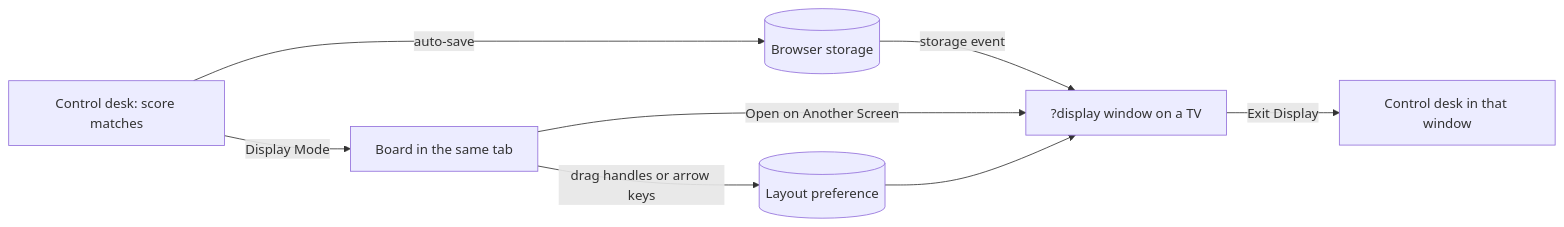
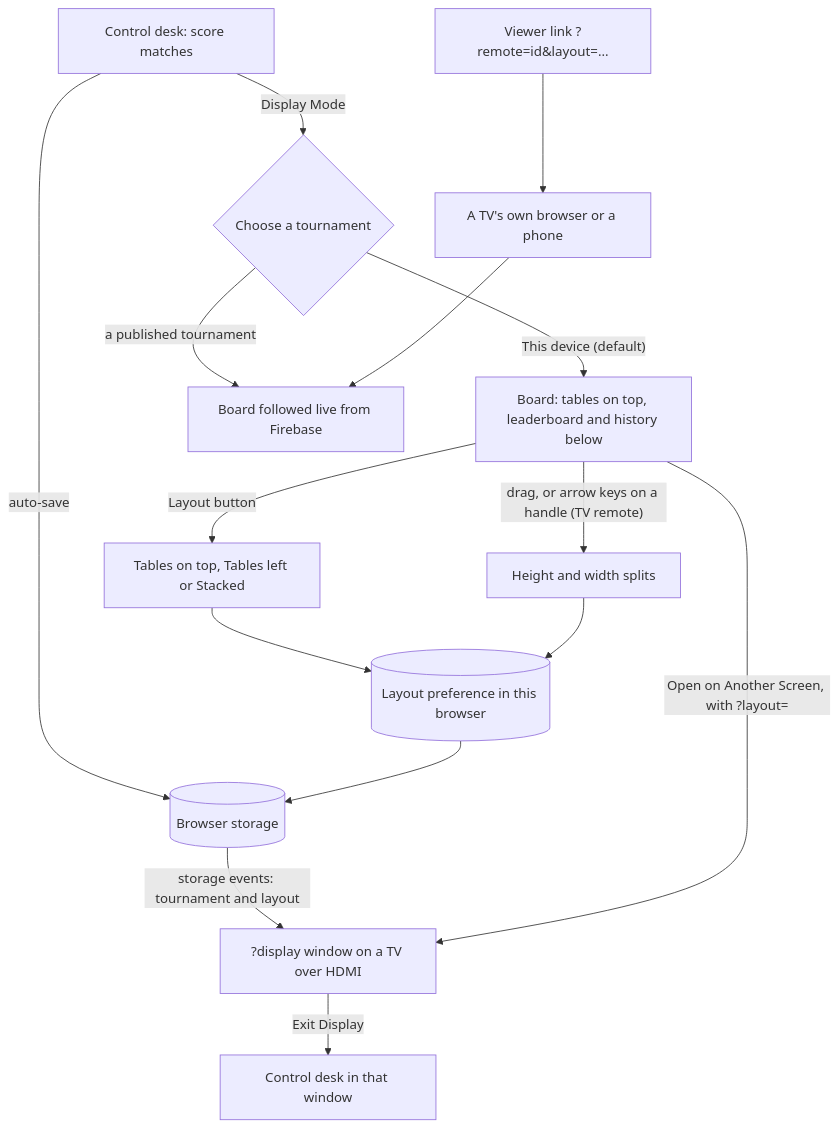
One commit to DT209/foos-tourney changed the fifth of 7 diagrams in README.md. Above: the diagram before and after it, drawn with Mermaid. The commit also changed other lines of this file and 2 other files, not shown here.

First line of the commit message:
Docs: bring README, CLAUDE.md, Flow.md and diagrams up to date

````diff
--- a/README.md
+++ b/README.md
@@ -254,10 +274,17 @@
 ```mermaid
-flowchart LR
-    DESK["Control desk: score matches"] -->|"auto-save"| LS[("Browser storage")]
-    LS -->|"storage event"| WIN["?display window on a TV"]
-    DESK -->|"Display Mode"| BOARD["Board in the same tab"]
-    BOARD -->|"Open on Another Screen"| WIN
-    BOARD -->|"drag handles or arrow keys"| LAYOUT[("Layout preference")]
-    LAYOUT --> WIN
+flowchart TD
+    DESK["Control desk: score matches"] -->|"Display Mode"| PICK{"Choose a tournament"}
+    PICK -->|"This device (default)"| BOARD["Board: tables on top, leaderboard and history below"]
+    PICK -->|"a published tournament"| LIVE["Board followed live from Firebase"]
+    BOARD -->|"Layout button"| ARR["Tables on top, Tables left or Stacked"]
+    BOARD -->|"drag, or arrow keys on a handle (TV remote)"| SIZE["Height and width splits"]
+    ARR --> PREF[("Layout preference in this browser")]
+    SIZE --> PREF
+    DESK -->|"auto-save"| LS[("Browser storage")]
+    LS -->|"storage events: tournament and layout"| WIN["?display window on a TV over HDMI"]
+    PREF --> LS
+    BOARD -->|"Open on Another Screen, with ?layout="| WIN
+    LINK["Viewer link ?remote=id&layout=..."] --> TVB["A TV's own browser or a phone"]
+    TVB --> LIVE
     WIN -->|"Exit Display"| DESK2["Control desk in that window"]
 ```
````
